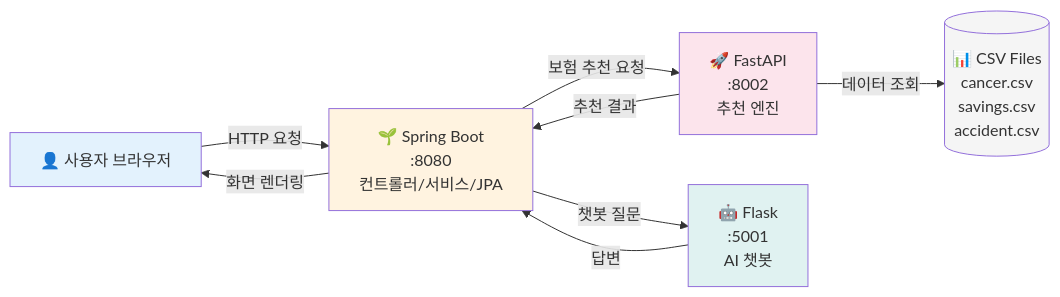
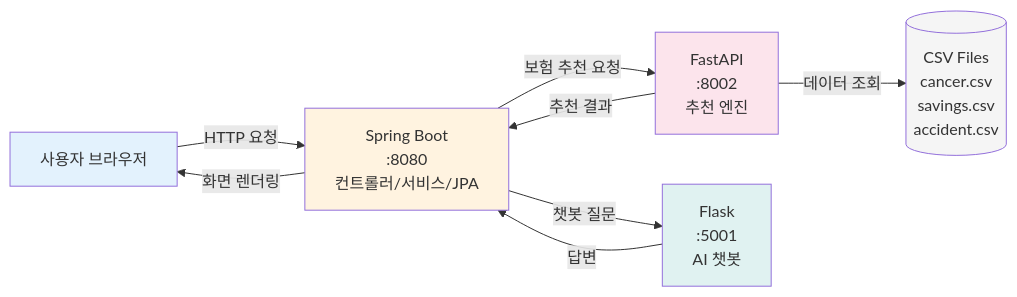
The first of 2 diagrams in README.md (wlghksw/InsuranceProject), drawn with Mermaid before and after one commit. The commit also changed other lines of this file, not shown here.

````diff
--- a/README.md
+++ b/README.md
@@ -8,19 +7,19 @@
 ```mermaid
 flowchart LR
-    User[👤 사용자 브라우저] -->|HTTP 요청| Spring[🌱 Spring Boot<br/>:8080<br/>컨트롤러/서비스/JPA]
+    User[사용자 브라우저] -->|HTTP 요청| Spring[Spring Boot<br/>:8080<br/>컨트롤러/서비스/JPA]
 
-    Spring -->|보험 추천 요청| FastAPI[🚀 FastAPI<br/>:8002<br/>추천 엔진]
-    Spring -->|챗봇 질문| Flask[🤖 Flask<br/>:5001<br/>AI 챗봇]
+    Spring -->|보험 추천 요청| FastAPI[FastAPI<br/>:8002<br/>추천 엔진]
+    Spring -->|챗봇 질문| Flask[Flask<br/>:5001<br/>AI 챗봇]
 
-    FastAPI -->|데이터 조회| CSV[(📊 CSV Files<br/>cancer.csv<br/>savings.csv<br/>accident.csv)]
+    FastAPI -->|데이터 조회| CSV[(CSV Files<br/>cancer.csv<br/>savings.csv<br/>accident.csv)]
 
     FastAPI -->|추천 결과| Spring
     Flask -->|답변| Spring
     Spring -->|화면 렌더링| User
 
     style User fill:#e3f2fd
     style Spring fill:#fff3e0
     style FastAPI fill:#fce4ec
     style Flask fill:#e0f2f1
     style CSV fill:#f5f5f5
 ```
````
